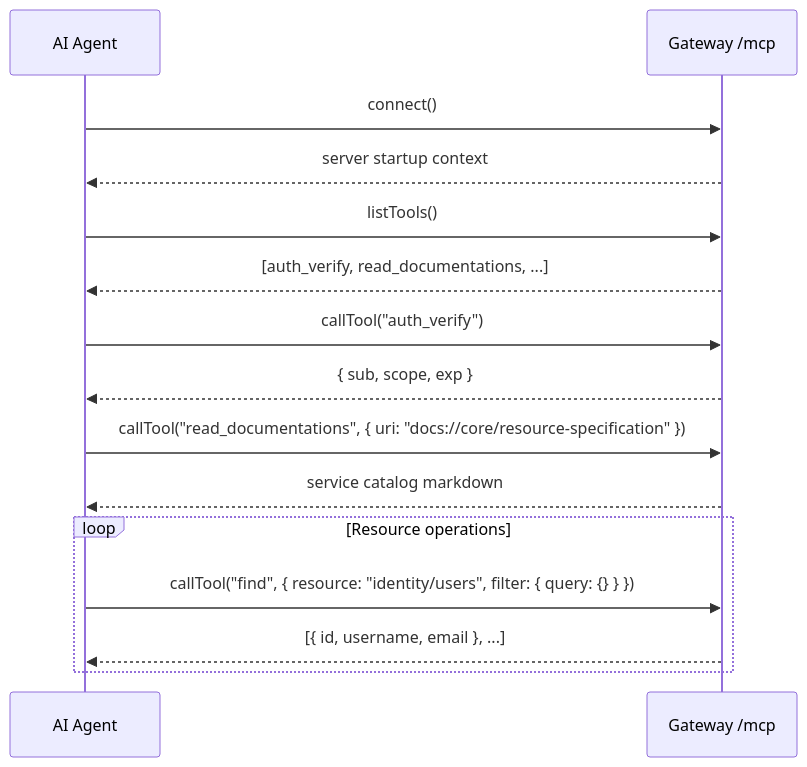
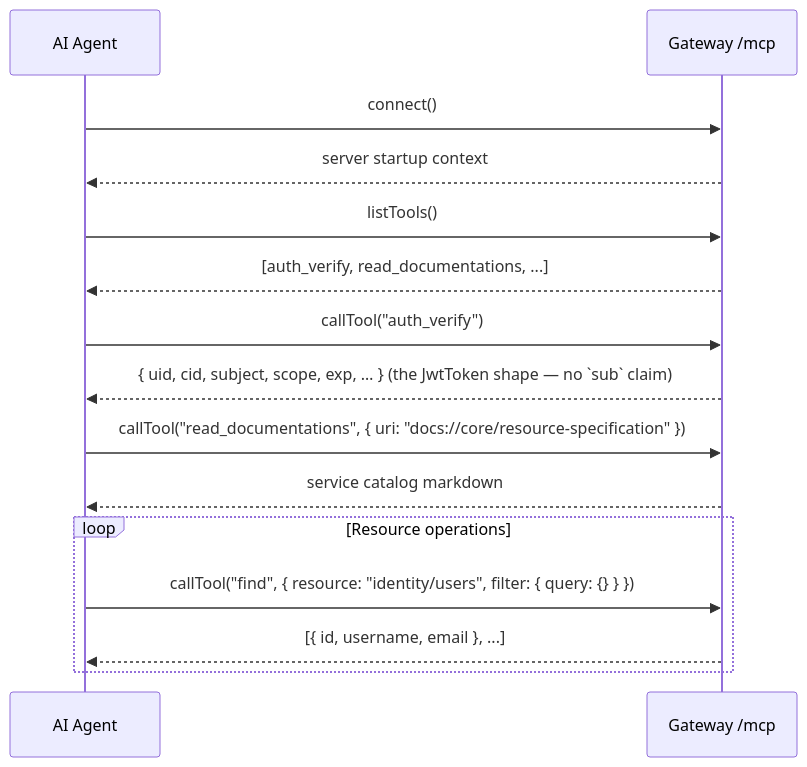
One commit to wenex-org/platform-docs changed the second of 2 diagrams in mcp/overview.md. Above: the diagram before and after it, drawn with Mermaid. The commit also changed other lines of this file and 29 other files, not shown here.

````diff
--- a/mcp/overview.md
+++ b/mcp/overview.md
@@ -27,21 +27,21 @@
 ```mermaid
 sequenceDiagram
     participant Agent as AI Agent
     participant GW as Gateway /mcp
 
     Agent->>GW: connect()
     GW-->>Agent: server startup context
     Agent->>GW: listTools()
     GW-->>Agent: [auth_verify, read_documentations, ...]
 
     Agent->>GW: callTool("auth_verify")
-    GW-->>Agent: { sub, scope, exp }
+    GW-->>Agent: { uid, cid, subject, scope, exp, … }  (the JwtToken shape — no `sub` claim)
 
     Agent->>GW: callTool("read_documentations", { uri: "docs://core/resource-specification" })
     GW-->>Agent: service catalog markdown
 
     loop Resource operations
         Agent->>GW: callTool("find", { resource: "identity/users", filter: { query: {} } })
         GW-->>Agent: [{ id, username, email }, ...]
     end
 ```
````
